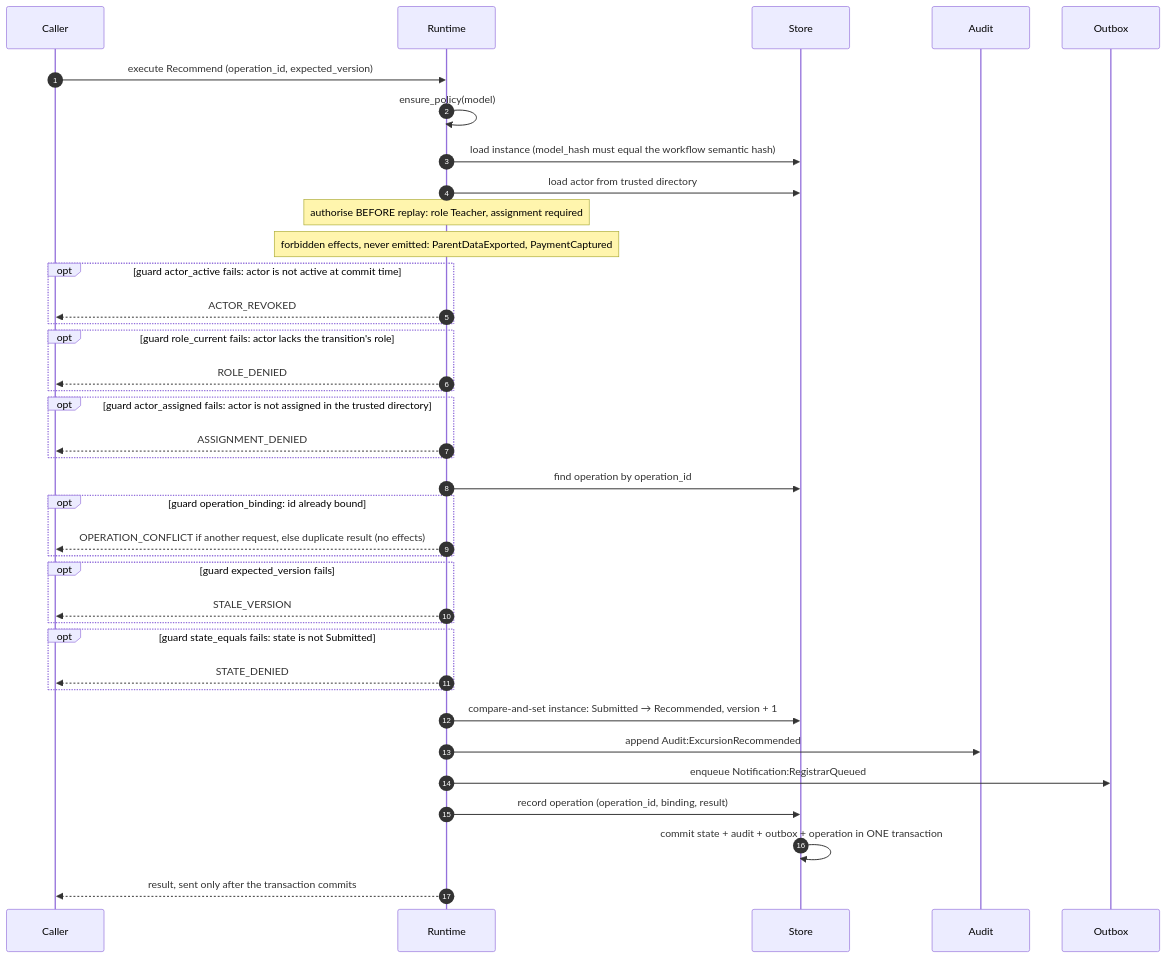
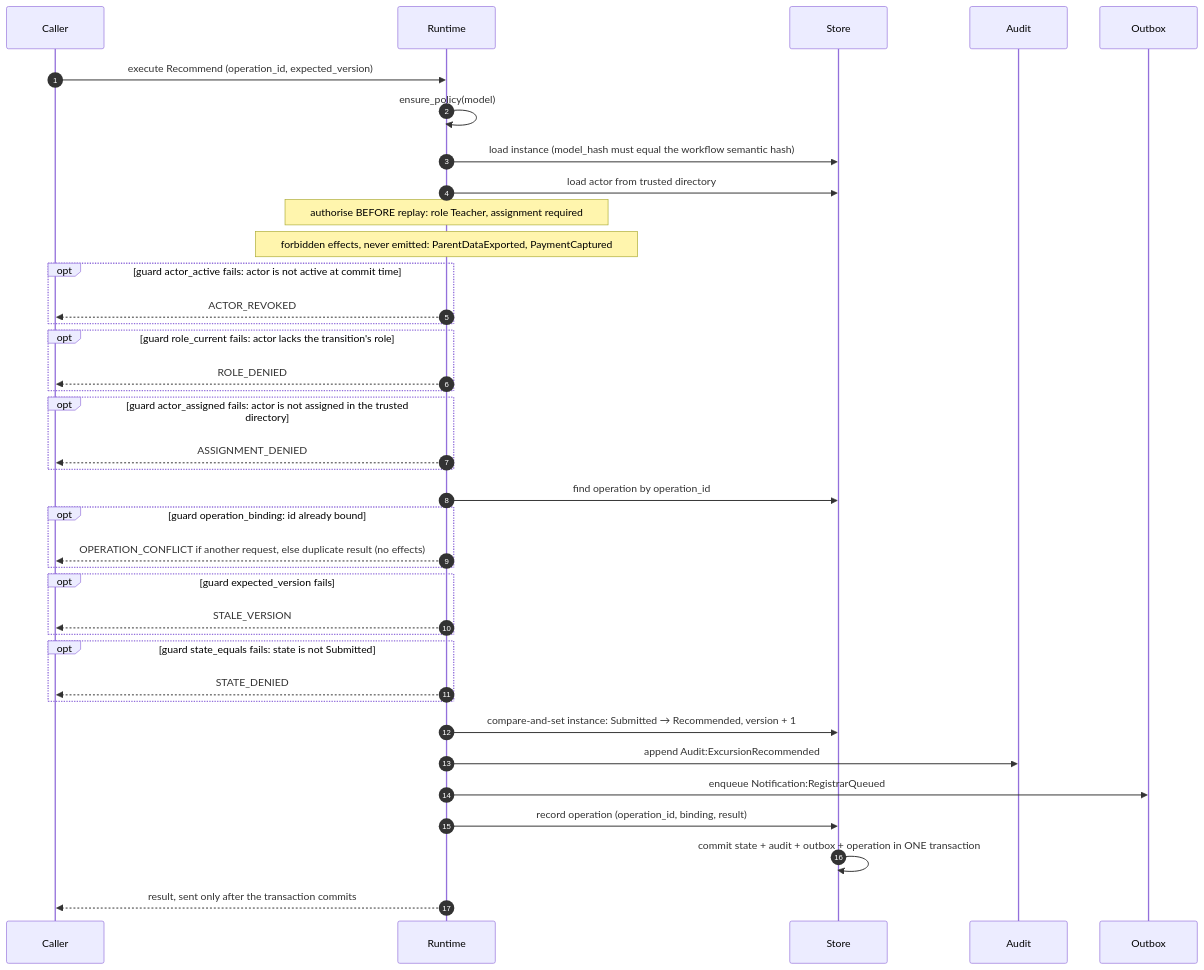
One commit to 45ck/eija-studio changed the diagram in docs/diagrams/sequence-recommend.md. Above: the diagram before and after it, drawn with Mermaid. The commit also changed 37 other files, not shown here.

````diff
--- a/docs/diagrams/sequence-recommend.md
+++ b/docs/diagrams/sequence-recommend.md
@@ -6,41 +6,41 @@
 ```mermaid
 %% eija: workflow: workflow excursion semantic_hash=b26c9af5ae4cd958099956232721a70e73cb7e6efe1b213ff32417829b588e56
 sequenceDiagram
     autonumber
     participant Caller
     participant Runtime
     participant Store
     participant Audit
     participant Outbox
     Caller->>Runtime: execute Recommend (operation_id, expected_version)
     Runtime->>Runtime: ensure_policy(model)
     Runtime->>Store: load instance (model_hash must equal the workflow semantic hash)
     Runtime->>Store: load actor from trusted directory
-    Note over Runtime: authorise BEFORE replay: role Teacher, assignment required
-    Note over Runtime: forbidden effects, never emitted: ParentDataExported, PaymentCaptured
-    opt guard actor_active fails: actor is not active at commit time
+    Note over Runtime: authorise BEFORE replay#58; role Teacher, assignment required
+    Note over Runtime: forbidden effects, never emitted#58; ParentDataExported, PaymentCaptured
+    opt guard actor_active fails#58; actor is not active at commit time
         Runtime-->>Caller: ACTOR_REVOKED
     end
-    opt guard role_current fails: actor lacks the transition's role
+    opt guard role_current fails#58; actor lacks the transition's role
         Runtime-->>Caller: ROLE_DENIED
     end
-    opt guard actor_assigned fails: actor is not assigned in the trusted directory
+    opt guard actor_assigned fails#58; actor is not assigned in the trusted directory
         Runtime-->>Caller: ASSIGNMENT_DENIED
     end
     Runtime->>Store: find operation by operation_id
-    opt guard operation_binding: id already bound
+    opt guard operation_binding#58; id already bound
         Runtime-->>Caller: OPERATION_CONFLICT if another request, else duplicate result (no effects)
     end
     opt guard expected_version fails
         Runtime-->>Caller: STALE_VERSION
     end
-    opt guard state_equals fails: state is not Submitted
+    opt guard state_equals fails#58; state is not Submitted
         Runtime-->>Caller: STATE_DENIED
     end
-    Runtime->>Store: compare-and-set instance: Submitted → Recommended, version + 1
-    Runtime->>Audit: append Audit:ExcursionRecommended
-    Runtime->>Outbox: enqueue Notification:RegistrarQueued
+    Runtime->>Store: compare-and-set instance#58; Submitted → Recommended, version + 1
+    Runtime->>Audit: append Audit#58;ExcursionRecommended
+    Runtime->>Outbox: enqueue Notification#58;RegistrarQueued
     Runtime->>Store: record operation (operation_id, binding, result)
     Store->>Store: commit state + audit + outbox + operation in ONE transaction
     Runtime-->>Caller: result, sent only after the transaction commits
 ```
````
